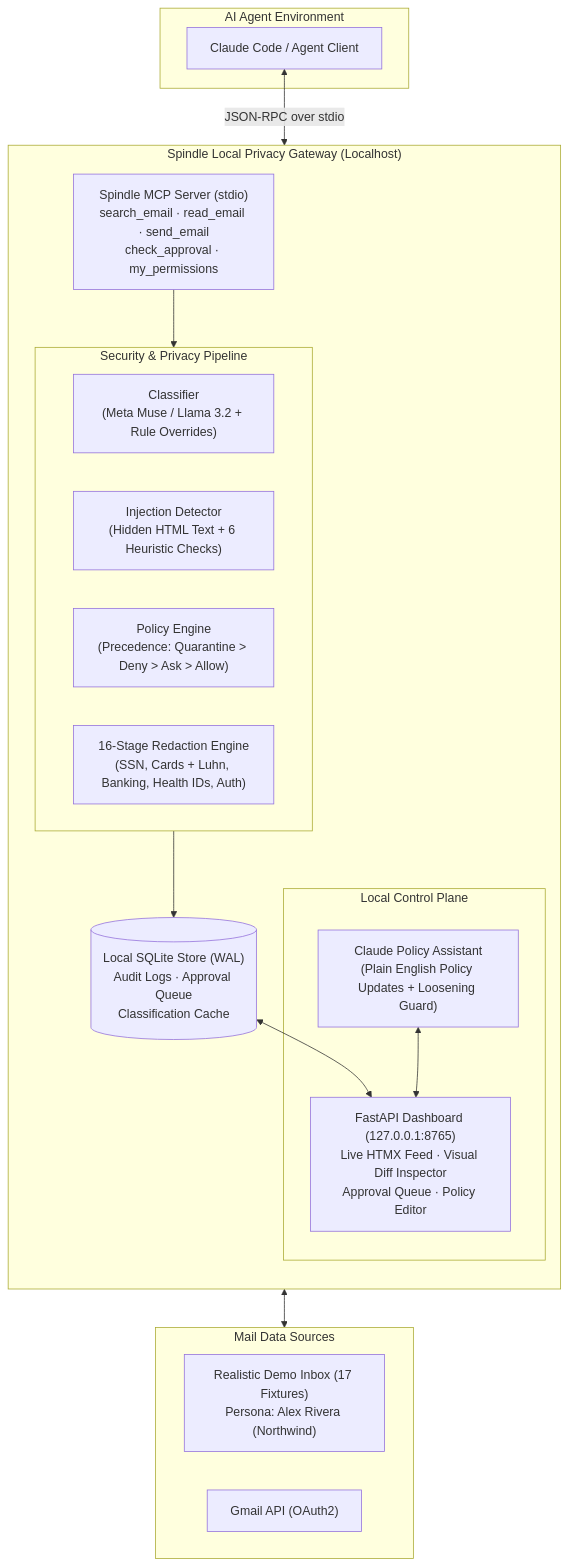
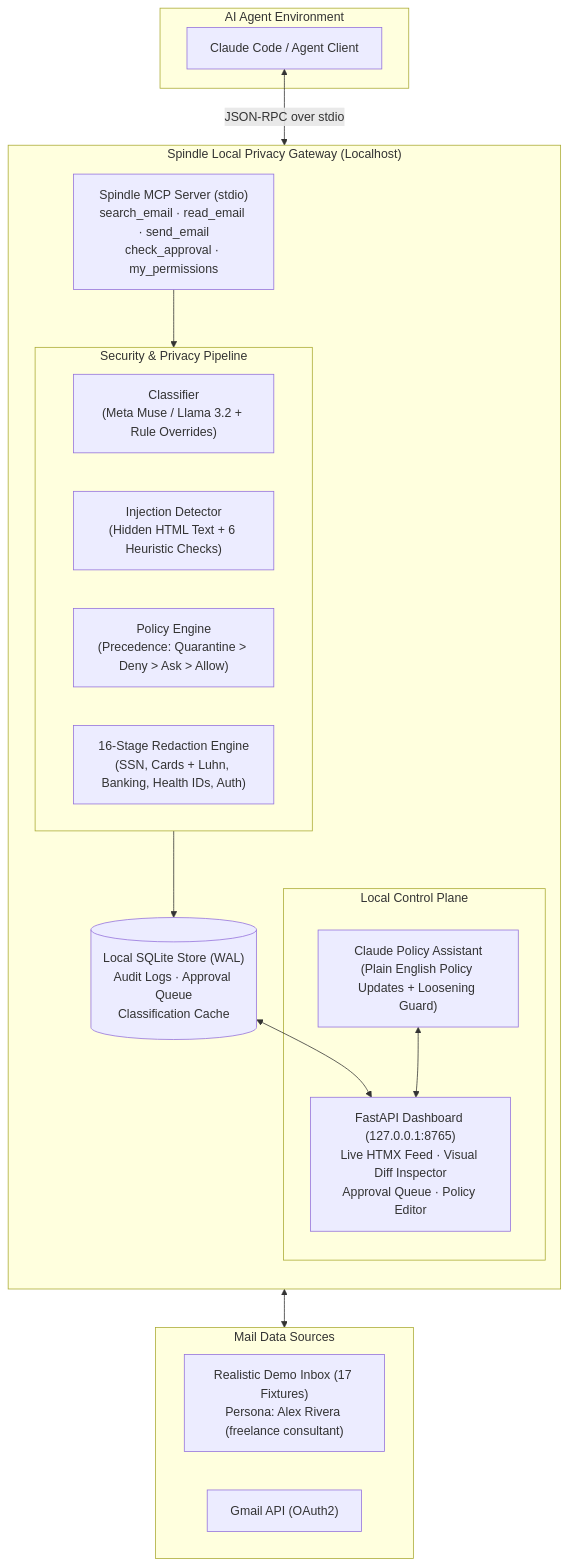
The diagram in README.md (glinerosuarez/spindle), drawn with Mermaid before and after one commit. The commit also changed other lines of this file and 5 other files, not shown here.

Commit message:
review-5: freelancer persona, personal inbox address

````diff
--- a/README.md
+++ b/README.md
@@ -29,37 +29,37 @@
 ```mermaid
 flowchart TD
     subgraph Agents ["AI Agent Environment"]
         Claude["Claude Code / Agent Client"]
     end
 
     subgraph SpindleHost ["Spindle Local Privacy Gateway (Localhost)"]
         direction TB
         MCP["Spindle MCP Server (stdio)\nsearch_email · read_email · send_email\ncheck_approval · my_permissions"]
         
         subgraph Pipeline ["Security & Privacy Pipeline"]
             Classifier["Classifier\n(Meta Muse / Llama 3.2 + Rule Overrides)"]
             Injection["Injection Detector\n(Hidden HTML Text + 6 Heuristic Checks)"]
             PolicyEngine["Policy Engine\n(Precedence: Quarantine > Deny > Ask > Allow)"]
             Redactor["16-Stage Redaction Engine\n(SSN, Cards + Luhn, Banking, Health IDs, Auth)"]
         end
         
         DB[("Local SQLite Store (WAL)\nAudit Logs · Approval Queue\nClassification Cache")]
         
         subgraph DashboardApp ["Local Control Plane"]
             Web["FastAPI Dashboard (127.0.0.1:8765)\nLive HTMX Feed · Visual Diff Inspector\nApproval Queue · Policy Editor"]
             Assistant["Claude Policy Assistant\n(Plain English Policy Updates + Loosening Guard)"]
         end
     end
 
     subgraph DataSources ["Mail Data Sources"]
-        Fixtures["Realistic Demo Inbox (17 Fixtures)\nPersona: Alex Rivera (Northwind)"]
+        Fixtures["Realistic Demo Inbox (17 Fixtures)\nPersona: Alex Rivera (freelance consultant)"]
         Gmail["Gmail API (OAuth2)"]
     end
 
     Claude <-->|JSON-RPC over stdio| MCP
     MCP --> Pipeline
     Pipeline --> DB
     Pipeline <--> DataSources
     DB <--> Web
     Assistant <--> Web
 ```
````
